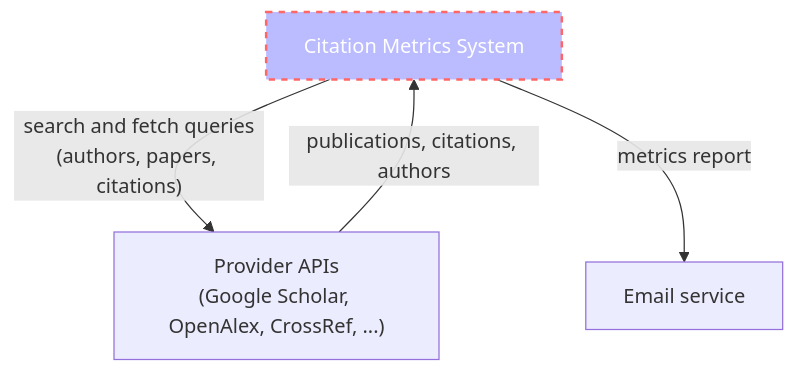
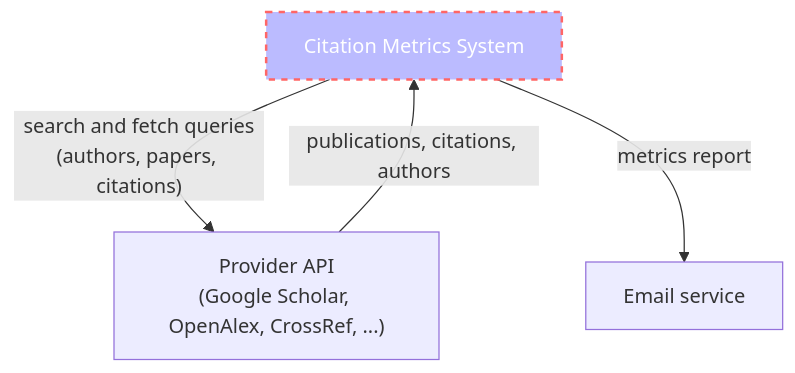
Before and after one commit to esaounkine/uop-thesis: the fifth of 8 diagrams in docs/system-design.md, drawn with Mermaid. The commit also changed other lines of this file, not shown here.

Commit message:
[docs] Add provider connector diagram

````diff
--- a/docs/system-design.md
+++ b/docs/system-design.md
@@ -243,12 +243,12 @@
 ```mermaid
 flowchart TD
   SYS["Citation Metrics System"]
-  Providers["Provider APIs<br/>(Google Scholar, OpenAlex, CrossRef, ...)"]
+  Providers["Provider API<br/>(Google Scholar, OpenAlex, CrossRef, ...)"]
   Email["Email service"]
 
   SYS -->|"search and fetch queries<br/>(authors, papers, citations)"| Providers
   Providers -->|"publications, citations, authors"| SYS
   SYS -->|"metrics report"| Email
   
   style SYS fill:#bbf,stroke:#f66,stroke-width:2px,color:#fff,stroke-dasharray: 5 5
 ```
````
